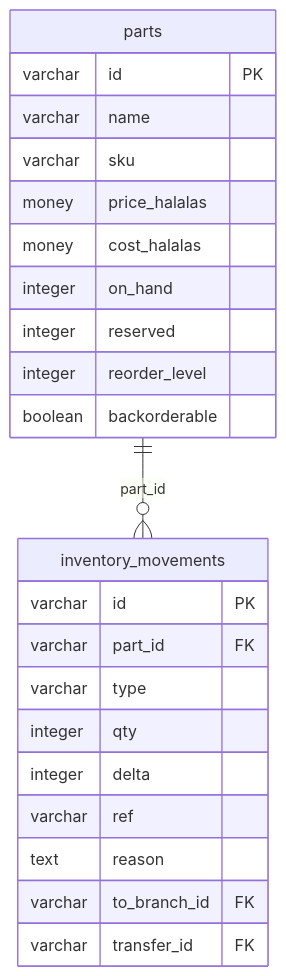
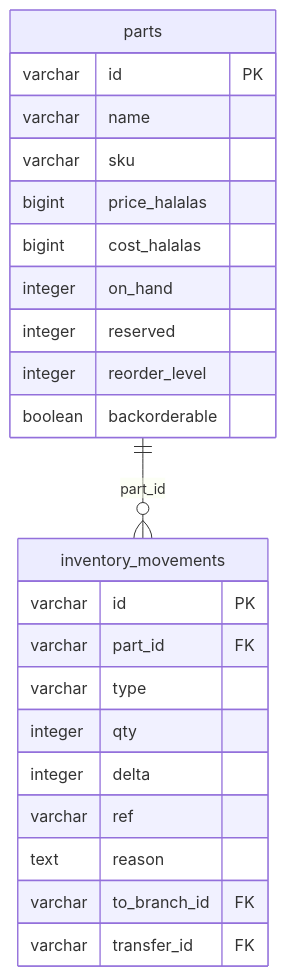
Before and after one commit to tazamohd/SlClNe: the diagram in docs/33_MASTER_DIAGRAM_LIBRARY/ERD/INVENTORY_ERD.md, drawn with Mermaid. The commit also changed 76 other files, not shown here.

````diff
--- a/docs/33_MASTER_DIAGRAM_LIBRARY/ERD/INVENTORY_ERD.md
+++ b/docs/33_MASTER_DIAGRAM_LIBRARY/ERD/INVENTORY_ERD.md
@@ -15,26 +15,26 @@
 ```mermaid
 erDiagram
   parts {
     varchar id PK
     varchar name
     varchar sku
-    money price_halalas
-    money cost_halalas
+    bigint price_halalas
+    bigint cost_halalas
     integer on_hand
     integer reserved
     integer reorder_level
     boolean backorderable
   }
   inventory_movements {
     varchar id PK
     varchar part_id FK
     varchar type
     integer qty
     integer delta
     varchar ref
     text reason
     varchar to_branch_id FK
     varchar transfer_id FK
   }
   parts ||--o{ inventory_movements : "part_id"
 ```
````
